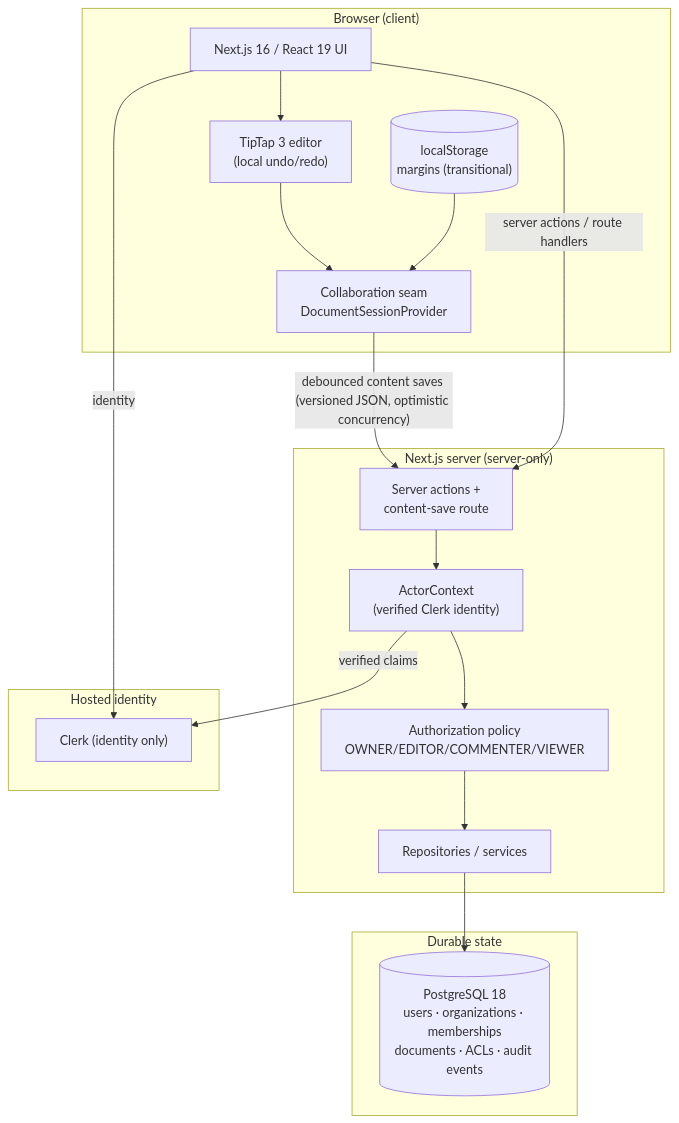
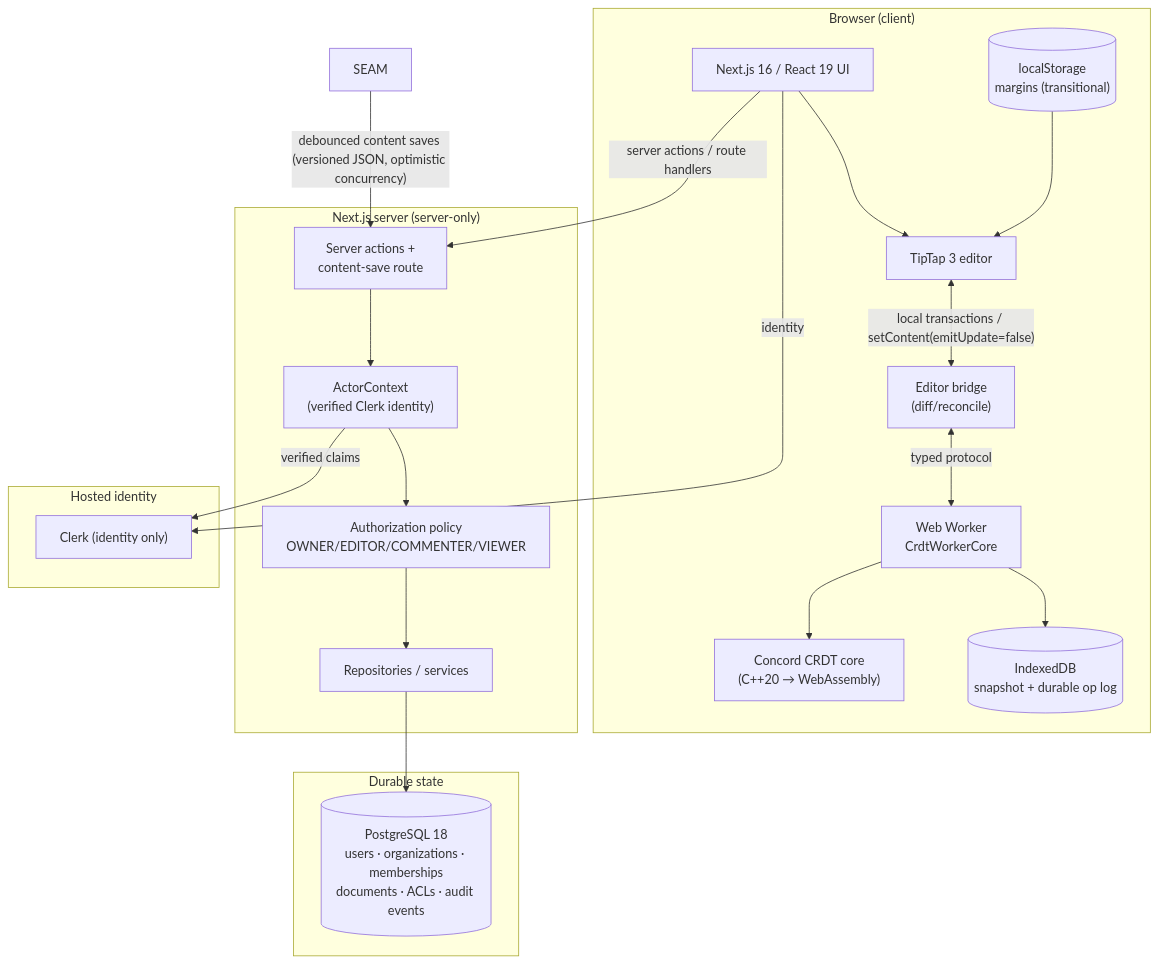
Before and after one commit to UtkarsHMer05/Concord-Dev: the first of 2 diagrams in docs/ARCHITECTURE.md, drawn with Mermaid. The commit also changed other lines of this file and 7 other files, not shown here.

First line of the commit message:
docs: Phase 2 outcome — architecture, consistency, protocol, testing, benchmarks

````diff
--- a/docs/ARCHITECTURE.md
+++ b/docs/ARCHITECTURE.md
@@ -26,33 +28,37 @@
 ```mermaid
 flowchart TD
     subgraph Browser["Browser (client)"]
         UI["Next.js 16 / React 19 UI"]
-        TIPTAP["TipTap 3 editor<br/>(local undo/redo)"]
-        SEAM["Collaboration seam<br/>DocumentSessionProvider"]
-        UI --> TIPTAP --> SEAM
-        LS[("localStorage<br/>margins (transitional)")] --> SEAM
+        TIPTAP["TipTap 3 editor"]
+        BRIDGE["Editor bridge<br/>(diff/reconcile)"]
+        UI --> TIPTAP
+        TIPTAP <-->|"local transactions / setContent(emitUpdate=false)"| BRIDGE
+        BRIDGE <-->|"typed protocol"| WORKER["Web Worker<br/>CrdtWorkerCore"]
+        WORKER --> WASM["Concord CRDT core<br/>(C++20 → WebAssembly)"]
+        WORKER --> IDB[("IndexedDB<br/>snapshot + durable op log")]
+        LS[("localStorage<br/>margins (transitional)")] --> TIPTAP
     end
 
     subgraph Server["Next.js server (server-only)"]
         ACTOR["ActorContext<br/>(verified Clerk identity)"]
         POLICY["Authorization policy<br/>OWNER/EDITOR/COMMENTER/VIEWER"]
         REPO["Repositories / services"]
         ACTIONS["Server actions +<br/>content-save route"]
         ACTOR --> POLICY --> REPO
     end
 
     subgraph Data["Durable state"]
         PG[("PostgreSQL 18<br/>users · organizations · memberships<br/>documents · ACLs · audit events")]
     end
 
     subgraph Identity["Hosted identity"]
         CLERK["Clerk (identity only)"]
     end
 
     SEAM -- "debounced content saves (versioned JSON, optimistic concurrency)" --> ACTIONS
     UI -- "server actions / route handlers" --> ACTIONS
     ACTIONS --> ACTOR
     REPO --> PG
     UI -- "identity" --> CLERK
     ACTOR -- "verified claims" --> CLERK
 ```
````
